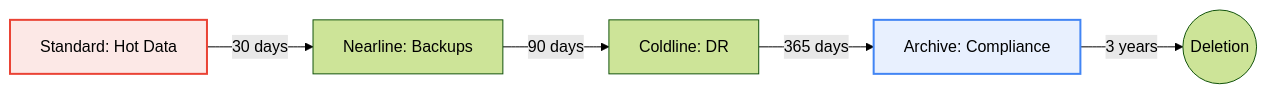
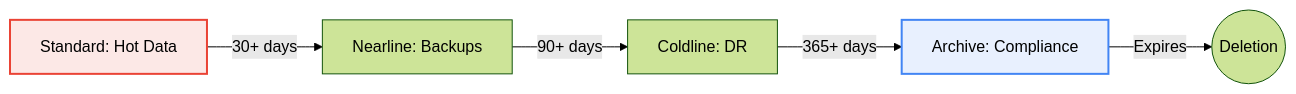
Before and after one commit to jyothivempa/gcp-study-plan: the diagram in curriculum/content/section_6_cloud_storage.md, drawn with Mermaid (forest theme). The commit also changed other lines of this file and 6 other files, not shown here.

````diff
--- a/curriculum/content/section_6_cloud_storage.md
+++ b/curriculum/content/section_6_cloud_storage.md
@@ -25,10 +24,10 @@
 ```mermaid
 graph LR
-    Std[Standard: Hot Data] -- 30 days --> Near[Nearline: Backups]
-    Near -- 90 days --> Cold[Coldline: DR]
-    Cold -- 365 days --> Arch[Archive: Compliance]
-    Arch -- 3 years --> Del((Deletion))
+    Std[Standard: Hot Data] -- "30+ days" --> Near[Nearline: Backups]
+    Near -- "90+ days" --> Cold[Coldline: DR]
+    Cold -- "365+ days" --> Arch[Archive: Compliance]
+    Arch -- "Expires" --> Del((Deletion))
     
     style Std fill:#fce8e6,stroke:#ea4335,stroke-width:2px
     style Arch fill:#e8f0fe,stroke:#4285f4,stroke-width:2px
 ```
````
